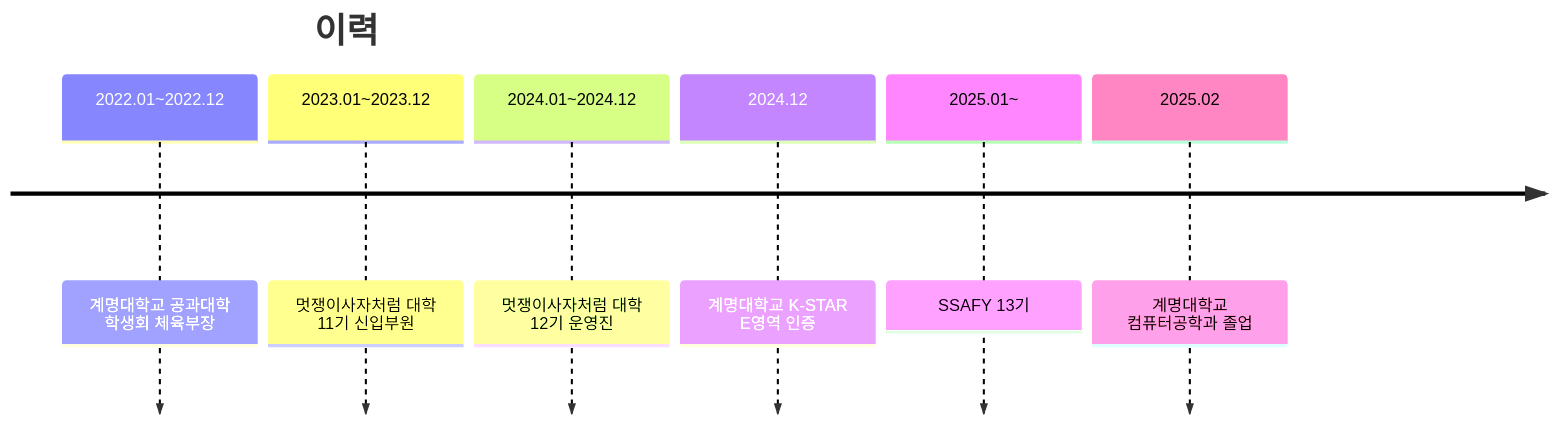
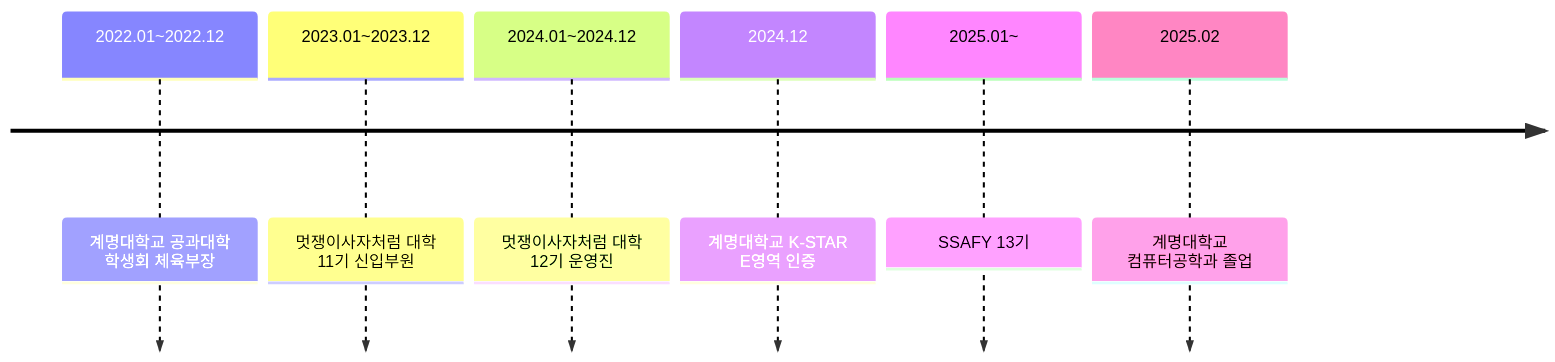
Before and after one commit to l0o0lv/l0o0lv: the diagram in README.md, drawn with Mermaid.

````diff
--- a/README.md
+++ b/README.md
@@ -13,10 +13,9 @@
 ```mermaid
 timeline
-    title 이력
     2022.01~2022.12 : 계명대학교 공과대학 학생회 체육부장
     2023.01~2023.12 : 멋쟁이사자처럼 대학 11기 신입부원
     2024.01~2024.12 : 멋쟁이사자처럼 대학 12기 운영진
     2024.12 : 계명대학교 K-STAR E영역 인증
     2025.01~ : SSAFY 13기
     2025.02 : 계명대학교 컴퓨터공학과 졸업
 ```
````
